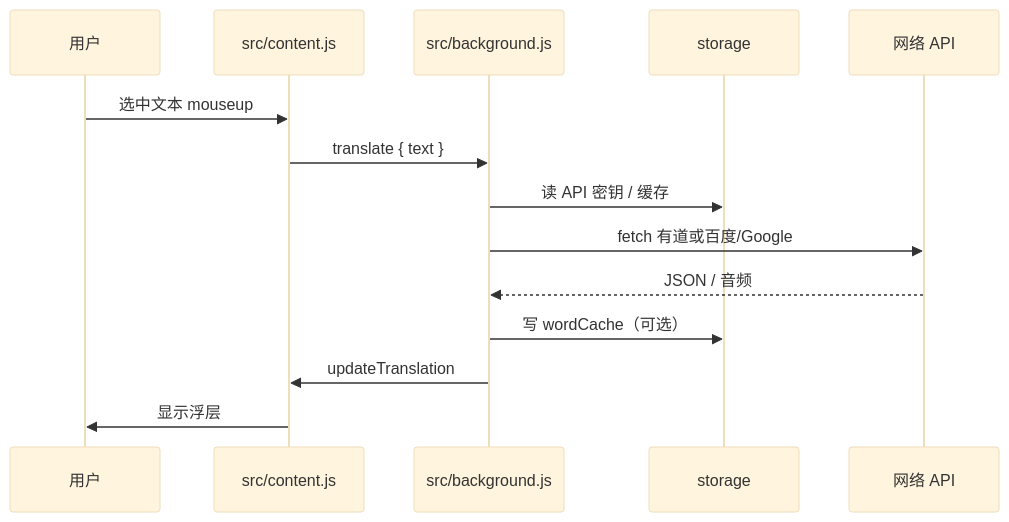
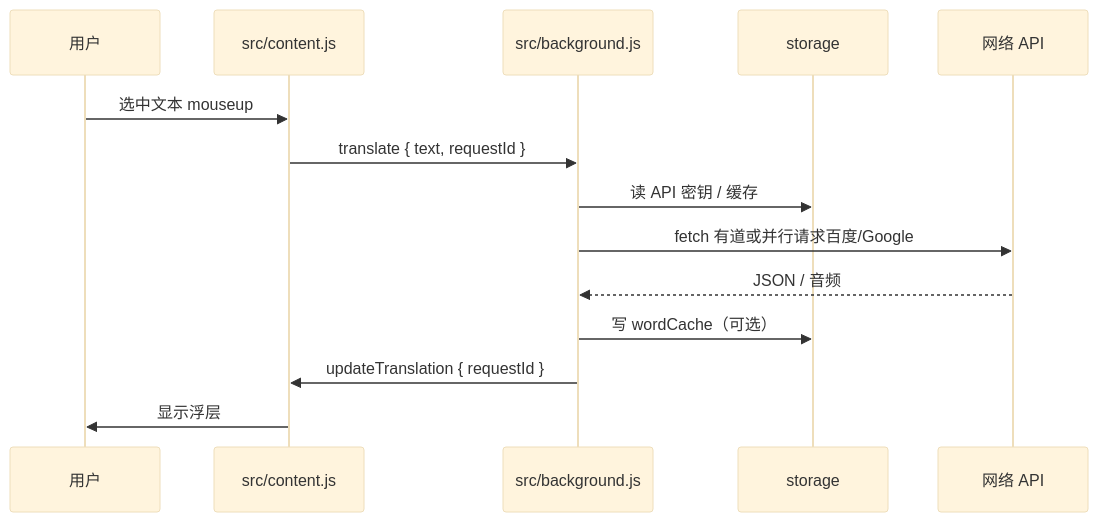
One commit to xuekeven/translation-extension changed the second of 3 diagrams in TechStack.md. Above: the diagram before and after it, drawn with Mermaid (base theme). The commit also changed other lines of this file and 10 other files, not shown here.

````diff
--- a/TechStack.md
+++ b/TechStack.md
@@ -197,16 +197,16 @@
 ```mermaid
 sequenceDiagram
   participant U as 用户
   participant C as src/content.js
   participant B as src/background.js
   participant S as storage
   participant N as 网络 API
   U->>C: 选中文本 mouseup
-  C->>B: translate { text }
+  C->>B: translate { text, requestId }
   B->>S: 读 API 密钥 / 缓存
-  B->>N: fetch 有道或百度/Google
+  B->>N: fetch 有道或并行请求百度/Google
   N-->>B: JSON / 音频
   B->>S: 写 wordCache（可选）
-  B->>C: updateTranslation
+  B->>C: updateTranslation { requestId }
   C->>U: 显示浮层
 ```
````
